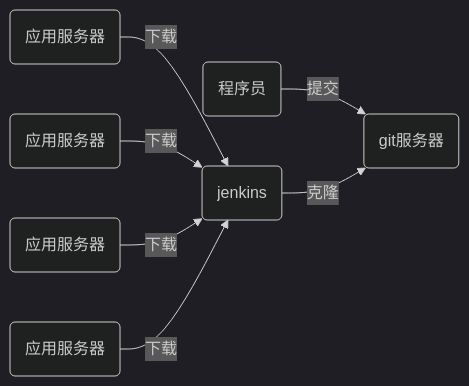
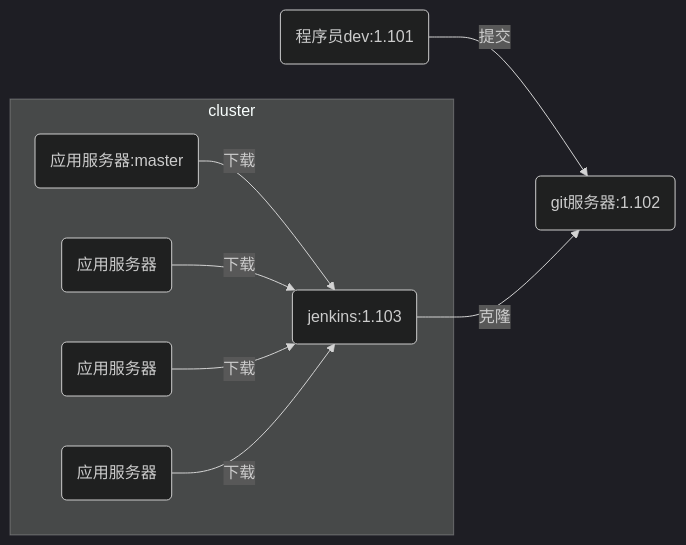
The second of 3 diagrams in nsd2011/devops/day04/nsd2011-devops-day04.md (tonggh220/md_5_nsd_notes), drawn with Mermaid (dark theme) before and after one commit. The commit also changed other lines of this file and 4 other files, not shown here.

````diff
--- a/nsd2011/devops/day04/nsd2011-devops-day04.md
+++ b/nsd2011/devops/day04/nsd2011-devops-day04.md
@@ -40,9 +56,11 @@
 ```mermaid
 graph LR
-dev(程序员)--提交-->scm(git服务器)
-jenkins(jenkins)--克隆-->scm
-app1(应用服务器)--下载-->jenkins
+dev(程序员dev:1.101)--提交-->scm(git服务器:1.102)
+jenkins(jenkins:1.103)--克隆-->scm
+subgraph cluster
+app1(应用服务器:master)--下载-->jenkins
 app2(应用服务器)--下载-->jenkins
 app3(应用服务器)--下载-->jenkins
 app4(应用服务器)--下载-->jenkins
+end
 ```
````
